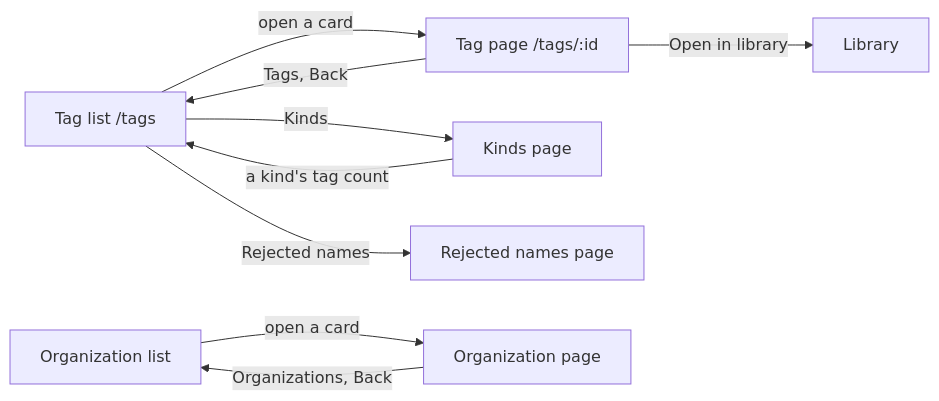
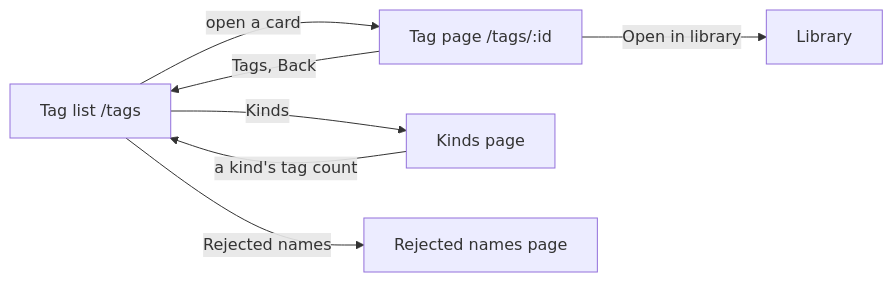
The first of 3 diagrams in specs/070-tag-workbench/ui-design.md (syudead/vv), drawn with Mermaid before and after one commit. The commit also changed other lines of this file, not shown here.

````diff
--- a/specs/070-tag-workbench/ui-design.md
+++ b/specs/070-tag-workbench/ui-design.md
@@ -16,11 +16,9 @@
 ```mermaid
 flowchart LR
   tags[Tag list /tags] -->|open a card| tag[Tag page /tags/:id]
   tag -->|Tags, Back| tags
   tags -->|Kinds| kinds[Kinds page]
   tags -->|Rejected names| rejected[Rejected names page]
   kinds -->|a kind's tag count| tags
   tag -->|Open in library| lib[Library]
-  orgs[Organization list] -->|open a card| org[Organization page]
-  org -->|Organizations, Back| orgs
 ```
````
